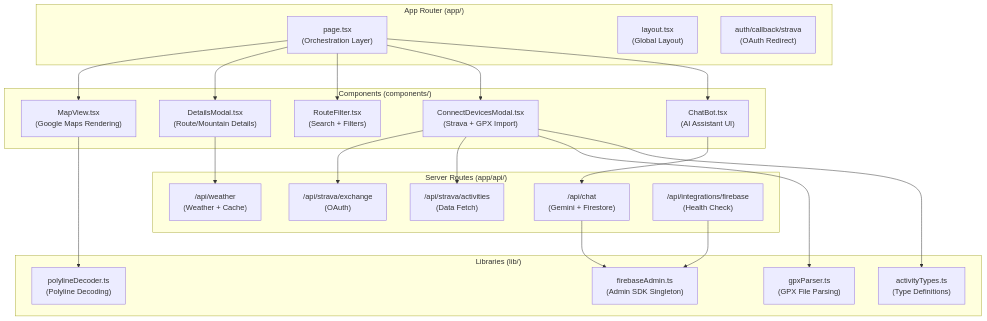
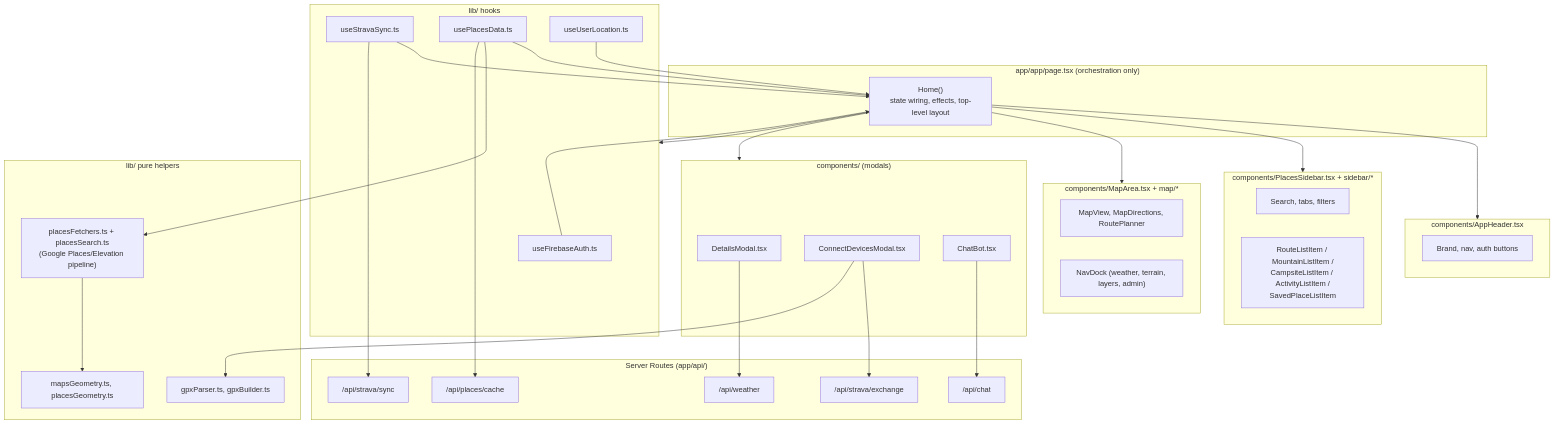
Before and after one commit to Oweeboi011/Fit-Ready-IQ: the third of 16 diagrams in docs/wiki/ARCHITECTURE.md, drawn with Mermaid. The commit also changed other lines of this file and 4 other files, not shown here.

First line of the commit message:
docs: fill ai, data, and user-flow gaps; redraw module diagram

````diff
--- a/docs/wiki/ARCHITECTURE.md
+++ b/docs/wiki/ARCHITECTURE.md
@@ -112,48 +114,67 @@
 ```mermaid
 graph TD
-    subgraph Pages["App Router (app/)"]
-        Page["page.tsx<br/>(Orchestration Layer)"]
-        Layout["layout.tsx<br/>(Global Layout)"]
-        AuthCallback["auth/callback/strava<br/>(OAuth Redirect)"]
+    subgraph Page["app/app/page.tsx (orchestration only)"]
+        Home["Home()<br/>state wiring, effects, top-level layout"]
     end
 
-    subgraph Components["Components (components/)"]
-        MapView["MapView.tsx<br/>(Google Maps Rendering)"]
-        Details["DetailsModal.tsx<br/>(Route/Mountain Details)"]
-        Filter["RouteFilter.tsx<br/>(Search + Filters)"]
-        Connect["ConnectDevicesModal.tsx<br/>(Strava + GPX Import)"]
-        Chat["ChatBot.tsx<br/>(AI Assistant UI)"]
+    subgraph Header["components/AppHeader.tsx"]
+        AppHeader["Brand, nav, auth buttons"]
     end
 
-    subgraph Lib["Libraries (lib/)"]
-        ActivityTypes["activityTypes.ts<br/>(Type Definitions)"]
-        GPXParser["gpxParser.ts<br/>(GPX File Parsing)"]
-        PolyDecode["polylineDecoder.ts<br/>(Polyline Decoding)"]
-        FireAdmin["firebaseAdmin.ts<br/>(Admin SDK Singleton)"]
+    subgraph Sidebar["components/PlacesSidebar.tsx + sidebar/*"]
+        SidebarTop["Search, tabs, filters"]
+        ListItems["RouteListItem / MountainListItem /<br/>CampsiteListItem / ActivityListItem /<br/>SavedPlaceListItem"]
+    end
+
+    subgraph MapArea["components/MapArea.tsx + map/*"]
+        MapCanvas["MapView, MapDirections, RoutePlanner"]
+        NavDock["NavDock (weather, terrain, layers, admin)"]
+    end
+
+    subgraph Modals["components/ (modals)"]
+        Details["DetailsModal.tsx"]
+        Connect["ConnectDevicesModal.tsx"]
+        Chat["ChatBot.tsx"]
+    end
+
+    subgraph Hooks["lib/ hooks"]
+        AuthHook["useFirebaseAuth.ts"]
+        StravaHook["useStravaSync.ts"]
+        PlacesHook["usePlacesData.ts"]
+        LocationHook["useUserLocation.ts"]
+    end
+
+    subgraph PureLib["lib/ pure helpers"]
+        Fetchers["placesFetchers.ts + placesSearch.ts<br/>(Google Places/Elevation pipeline)"]
+        Geometry["mapsGeometry.ts, placesGeometry.ts"]
+        GPX["gpxParser.ts, gpxBuilder.ts"]
     end
 
     subgraph ServerRoutes["Server Routes (app/api/)"]
-        ChatAPI["/api/chat<br/>(Gemini + Firestore)"]
-        WeatherAPI["/api/weather<br/>(Weather + Cache)"]
-        StravaExchange["/api/strava/exchange<br/>(OAuth)"]
-        StravaActivities["/api/strava/activities<br/>(Data Fetch)"]
-        FirebaseHealth["/api/integrations/firebase<br/>(Health Check)"]
+        ChatAPI["/api/chat"]
+        WeatherAPI["/api/weather"]
+        StravaExchange["/api/strava/exchange"]
+        StravaSync["/api/strava/sync"]
+        PlacesCache["/api/places/cache"]
     end
 
-    Page --> MapView
-    Page --> Details
-    Page --> Filter
-    Page --> Connect
-    Page --> Chat
+    Home --> Header
+    Home --> Sidebar
+    Home --> MapArea
+    Home --> Modals
+    Home --> Hooks
+
+    AuthHook --> Home
+    StravaHook --> Home
+    PlacesHook --> Home
+    PlacesHook --> Fetchers
+    Fetchers --> Geometry
+    LocationHook --> Home
 
     Chat --> ChatAPI
     Details --> WeatherAPI
     Connect --> StravaExchange
-    Connect --> StravaActivities
-
-    MapView --> PolyDecode
-    Connect --> GPXParser
-    Connect --> ActivityTypes
-    ChatAPI --> FireAdmin
-    FirebaseHealth --> FireAdmin
+    Connect --> GPX
+    StravaHook --> StravaSync
+    PlacesHook --> PlacesCache
 ```
````
